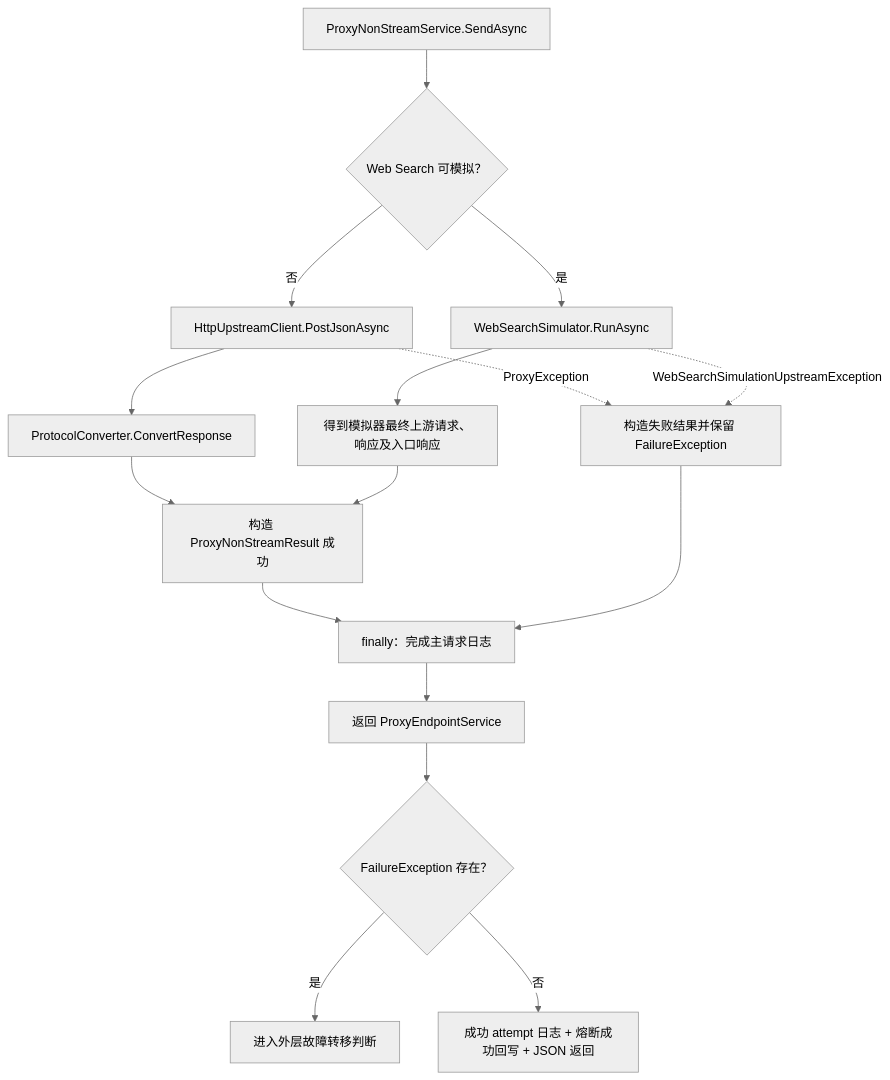
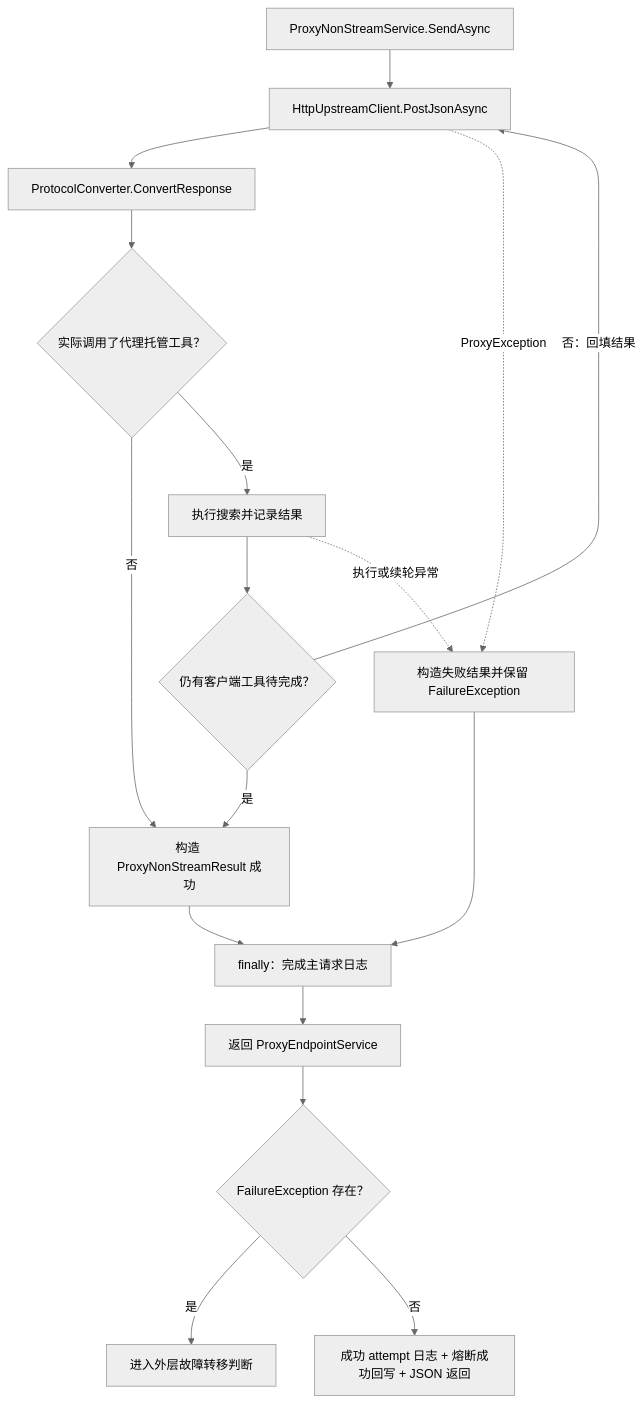
One commit to shL1481558059/OpenCodex changed the fifth of 7 diagrams in doc/proxy-conversion/01-overview/02-architecture-and-end-to-end-flow.md. Above: the diagram before and after it, drawn with Mermaid (neutral theme). The commit also changed other lines of this file and 56 other files, not shown here.

````diff
--- a/doc/proxy-conversion/01-overview/02-architecture-and-end-to-end-flow.md
+++ b/doc/proxy-conversion/01-overview/02-architecture-and-end-to-end-flow.md
@@ -307,18 +310,19 @@
 ```mermaid
 flowchart TD
-    A["ProxyNonStreamService.SendAsync"] --> B{"Web Search 可模拟？"}
-    B -- "是" --> C["WebSearchSimulator.RunAsync"]
-    B -- "否" --> D["HttpUpstreamClient.PostJsonAsync"]
+    A["ProxyNonStreamService.SendAsync"] --> D["HttpUpstreamClient.PostJsonAsync"]
     D --> E["ProtocolConverter.ConvertResponse"]
-    C --> F["得到模拟器最终上游请求、响应及入口响应"]
-    E --> G["构造 ProxyNonStreamResult 成功"]
-    F --> G
+    E --> B{"实际调用了代理托管工具？"}
+    B -- "否" --> G["构造 ProxyNonStreamResult 成功"]
+    B -- "是" --> F["执行搜索并记录结果"]
+    F --> C{"仍有客户端工具待完成？"}
+    C -- "是" --> G
+    C -- "否：回填结果" --> D
     D -. "ProxyException" .-> H["构造失败结果并保留 FailureException"]
-    C -. "WebSearchSimulationUpstreamException" .-> H
+    F -. "执行或续轮异常" .-> H
     G --> I["finally：完成主请求日志"]
     H --> I
     I --> J["返回 ProxyEndpointService"]
     J --> K{"FailureException 存在？"}
     K -- "是" --> L["进入外层故障转移判断"]
     K -- "否" --> M["成功 attempt 日志 + 熔断成功回写 + JSON 返回"]
 ```
````
